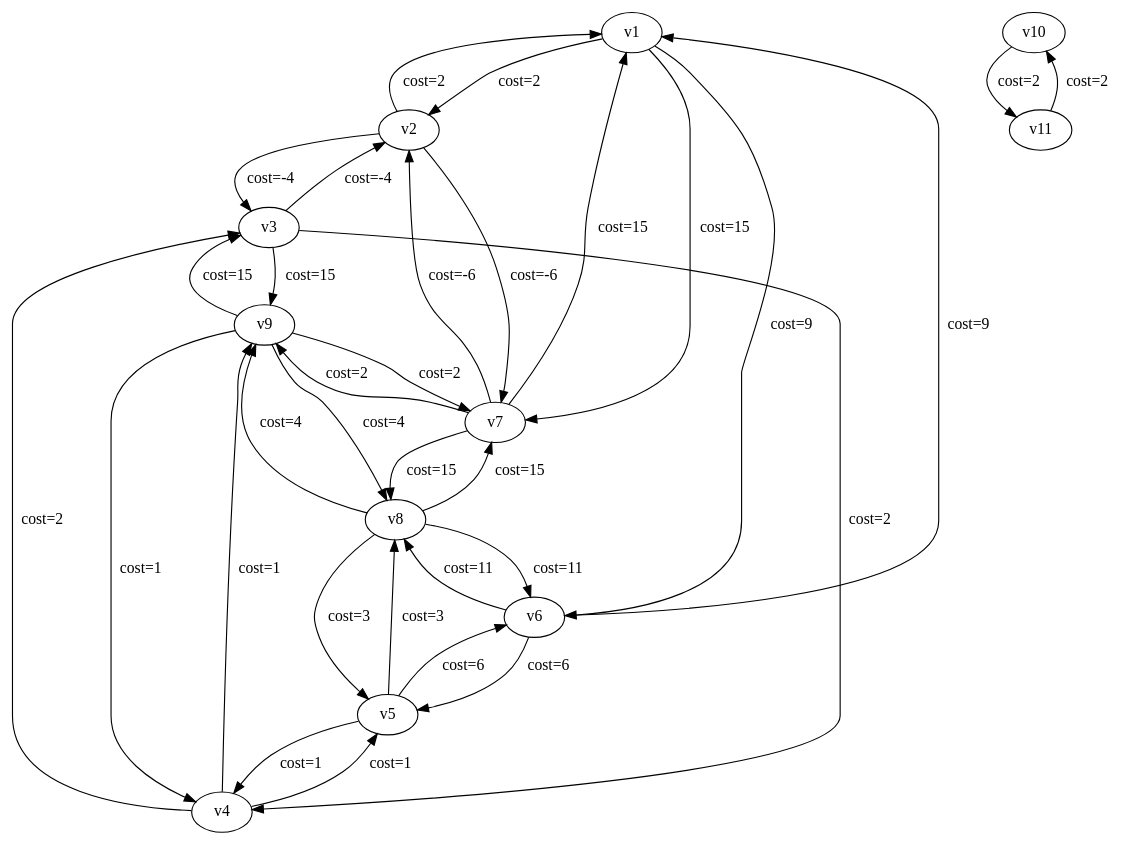
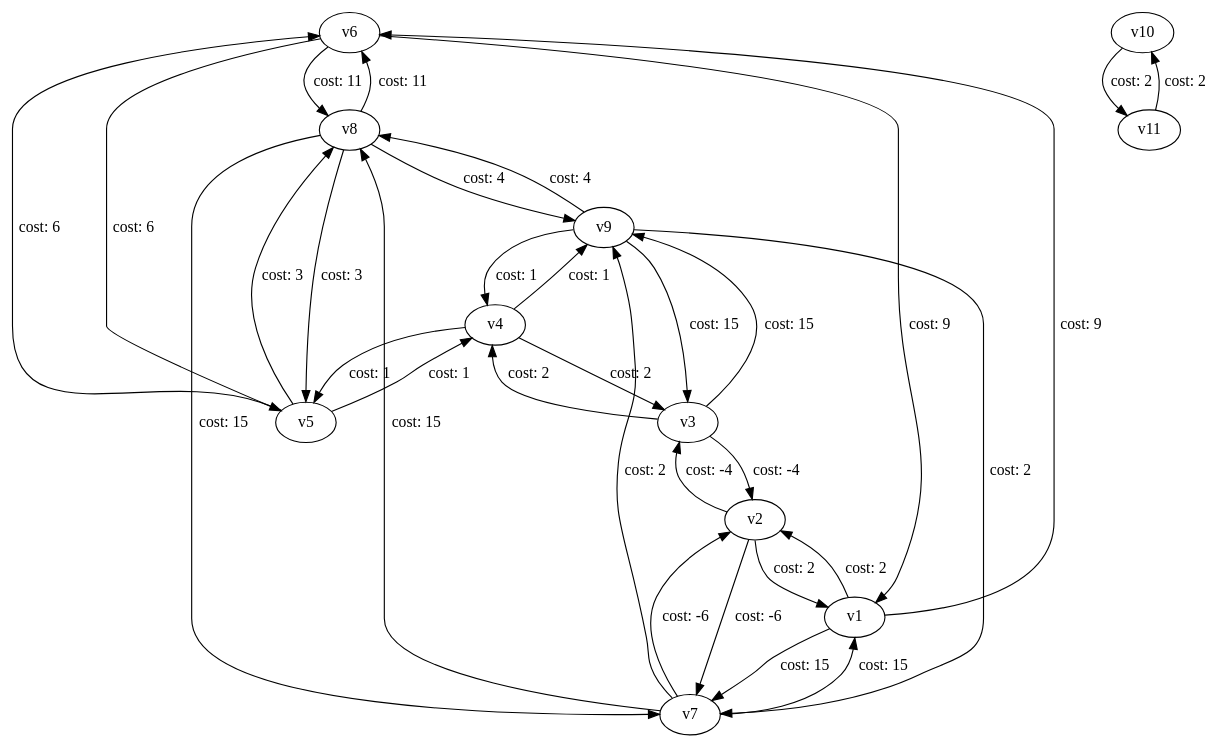
Before and after one commit to MaxPower9001/B-AI3GKAP: the diagram in io/graph_05.dot, drawn with Graphviz. The commit also changed 41 other files, not shown here.

```diff
--- a/io/graph_05.dot
+++ b/io/graph_05.dot
@@ -1,46 +1,45 @@
-digraph graph_05
-{
-v1
-v2
-v6
-v7
-v3
-v4
-v9
-v5
-v8
-v10
-v11
-v1 -> v2 [label="cost=2  "]
-v1 -> v6 [label="cost=9  "]
-v1 -> v7 [label="cost=15  "]
-v2 -> v1 [label="cost=2  "]
-v2 -> v7 [label="cost=-6  "]
-v2 -> v3 [label="cost=-4  "]
-v6 -> v1 [label="cost=9  "]
-v6 -> v5 [label="cost=6  "]
-v6 -> v8 [label="cost=11  "]
-v7 -> v1 [label="cost=15  "]
-v7 -> v2 [label="cost=-6  "]
-v7 -> v9 [label="cost=2  "]
-v7 -> v8 [label="cost=15  "]
-v3 -> v2 [label="cost=-4  "]
-v3 -> v4 [label="cost=2  "]
-v3 -> v9 [label="cost=15  "]
-v4 -> v3 [label="cost=2  "]
-v4 -> v9 [label="cost=1  "]
-v4 -> v5 [label="cost=1  "]
-v9 -> v7 [label="cost=2  "]
-v9 -> v3 [label="cost=15  "]
-v9 -> v4 [label="cost=1  "]
-v9 -> v8 [label="cost=4  "]
-v5 -> v6 [label="cost=6  "]
-v5 -> v4 [label="cost=1  "]
-v5 -> v8 [label="cost=3  "]
-v8 -> v6 [label="cost=11  "]
-v8 -> v7 [label="cost=15  "]
-v8 -> v9 [label="cost=4  "]
-v8 -> v5 [label="cost=3  "]
-v10 -> v11 [label="cost=2  "]
-v11 -> v10 [label="cost=2  "]
+digraph G {
+	v6 -> v8 [label="cost: 11"];
+	v6 -> v1 [label="cost: 9"];
+	v6 -> v5 [label="cost: 6"];
+	v7 -> v8 [label="cost: 15"];
+	v7 -> v9 [label="cost: 2"];
+	v7 -> v1 [label="cost: 15"];
+	v7 -> v2 [label="cost: -6"];
+	v8 -> v6 [label="cost: 11"];
+	v8 -> v7 [label="cost: 15"];
+	v8 -> v9 [label="cost: 4"];
+	v8 -> v5 [label="cost: 3"];
+	v9 -> v7 [label="cost: 2"];
+	v9 -> v8 [label="cost: 4"];
+	v9 -> v3 [label="cost: 15"];
+	v9 -> v4 [label="cost: 1"];
+	v10 -> v11 [label="cost: 2"];
+	v11 -> v10 [label="cost: 2"];
+	v1 -> v6 [label="cost: 9"];
+	v1 -> v7 [label="cost: 15"];
+	v1 -> v2 [label="cost: 2"];
+	v2 -> v7 [label="cost: -6"];
+	v2 -> v1 [label="cost: 2"];
+	v2 -> v3 [label="cost: -4"];
+	v3 -> v9 [label="cost: 15"];
+	v3 -> v2 [label="cost: -4"];
+	v3 -> v4 [label="cost: 2"];
+	v4 -> v9 [label="cost: 1"];
+	v4 -> v3 [label="cost: 2"];
+	v4 -> v5 [label="cost: 1"];
+	v5 -> v6 [label="cost: 6"];
+	v5 -> v8 [label="cost: 3"];
+	v5 -> v4 [label="cost: 1"];
+	v6 [label="v6"];
+	v7 [label="v7"];
+	v8 [label="v8"];
+	v9 [label="v9"];
+	v10 [label="v10"];
+	v11 [label="v11"];
+	v1 [label="v1"];
+	v2 [label="v2"];
+	v3 [label="v3"];
+	v4 [label="v4"];
+	v5 [label="v5"];
 }
```
